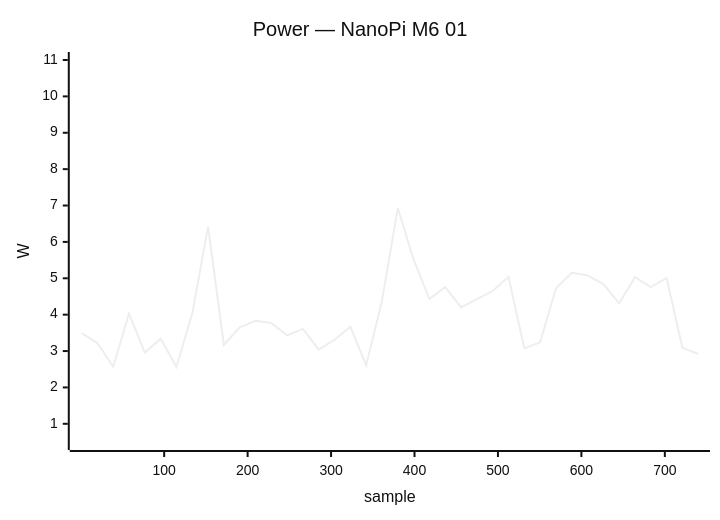
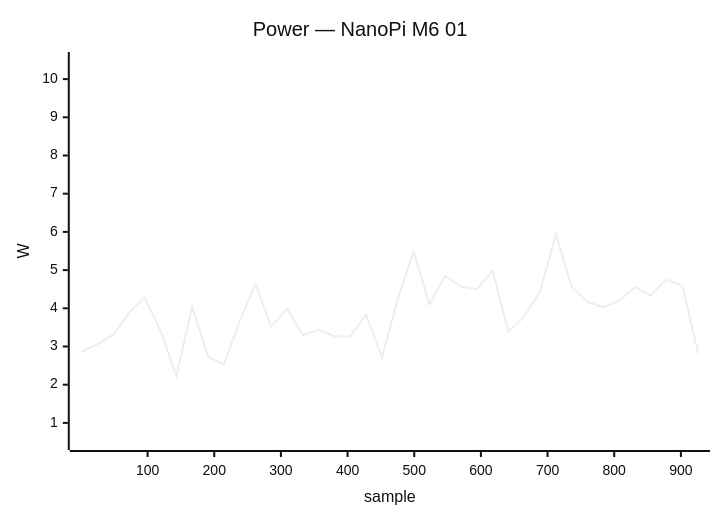
Diagram 20 of 41 in docs/status/board-tests.md (armbian/documentation), drawn with Mermaid (neutral theme) before and after one commit. The commit also changed other lines of this file, not shown here.

````diff
--- a/docs/status/board-tests.md
+++ b/docs/status/board-tests.md
@@ -945,7 +906,7 @@
 ```mermaid
 xychart-beta
     title "Power — NanoPi M6 01"
-    x-axis "sample" 1 --> 740
-    y-axis "W" 0.5 --> 11.0
-    line [3.49, 3.22, 2.57, 4.03, 2.96, 3.34, 2.56, 4.03, 6.42, 3.17, 3.65, 3.83, 3.77, 3.43, 3.61, 3.04, 3.31, 3.67, 2.61, 4.38, 6.93, 5.51, 4.43, 4.76, 4.20, 4.43, 4.65, 5.04, 3.07, 3.24, 4.72, 5.15, 5.08, 4.84, 4.31, 5.03, 4.76, 5.01, 3.09, 2.92]
+    x-axis "sample" 1 --> 926
+    y-axis "W" 0.5 --> 10.5
+    line [2.86, 3.06, 3.31, 3.88, 4.28, 3.40, 2.23, 4.04, 2.73, 2.53, 3.67, 4.63, 3.52, 3.99, 3.30, 3.43, 3.27, 3.26, 3.83, 2.71, 4.25, 5.49, 4.10, 4.85, 4.57, 4.50, 4.98, 3.39, 3.78, 4.44, 5.93, 4.56, 4.17, 4.03, 4.20, 4.55, 4.34, 4.75, 4.58, 2.82]
 ```
````
